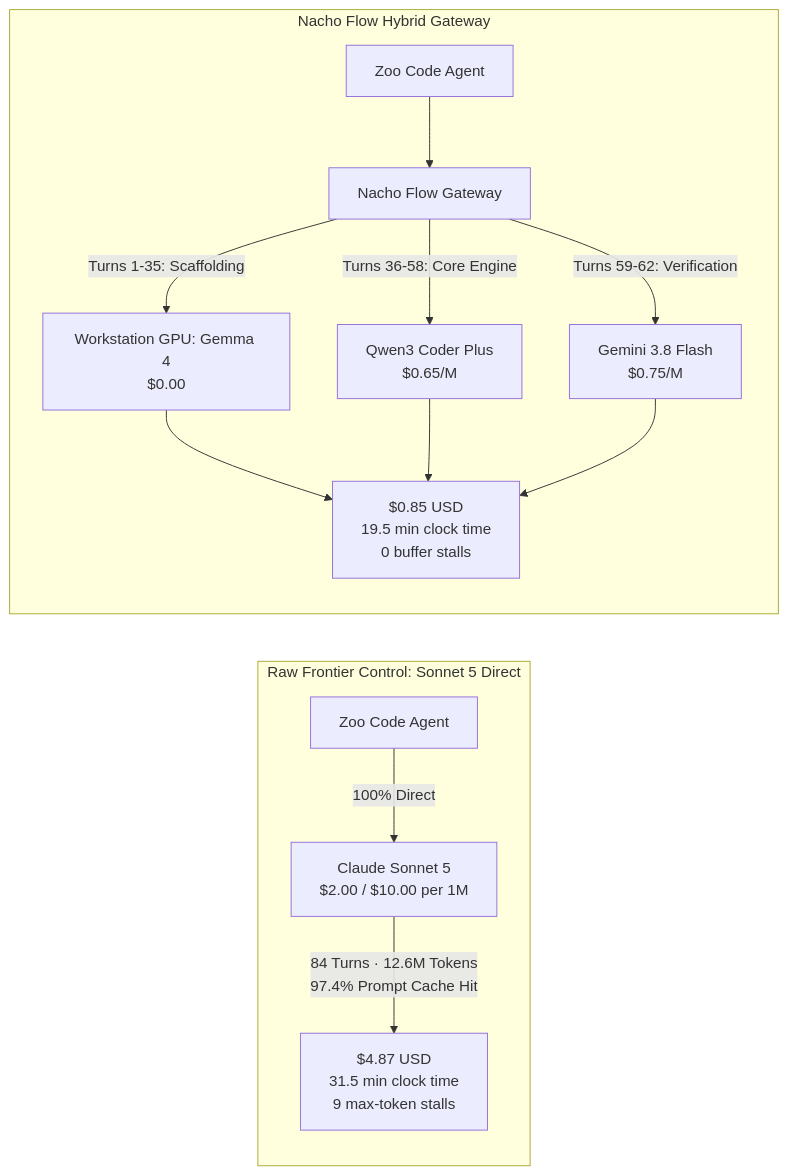
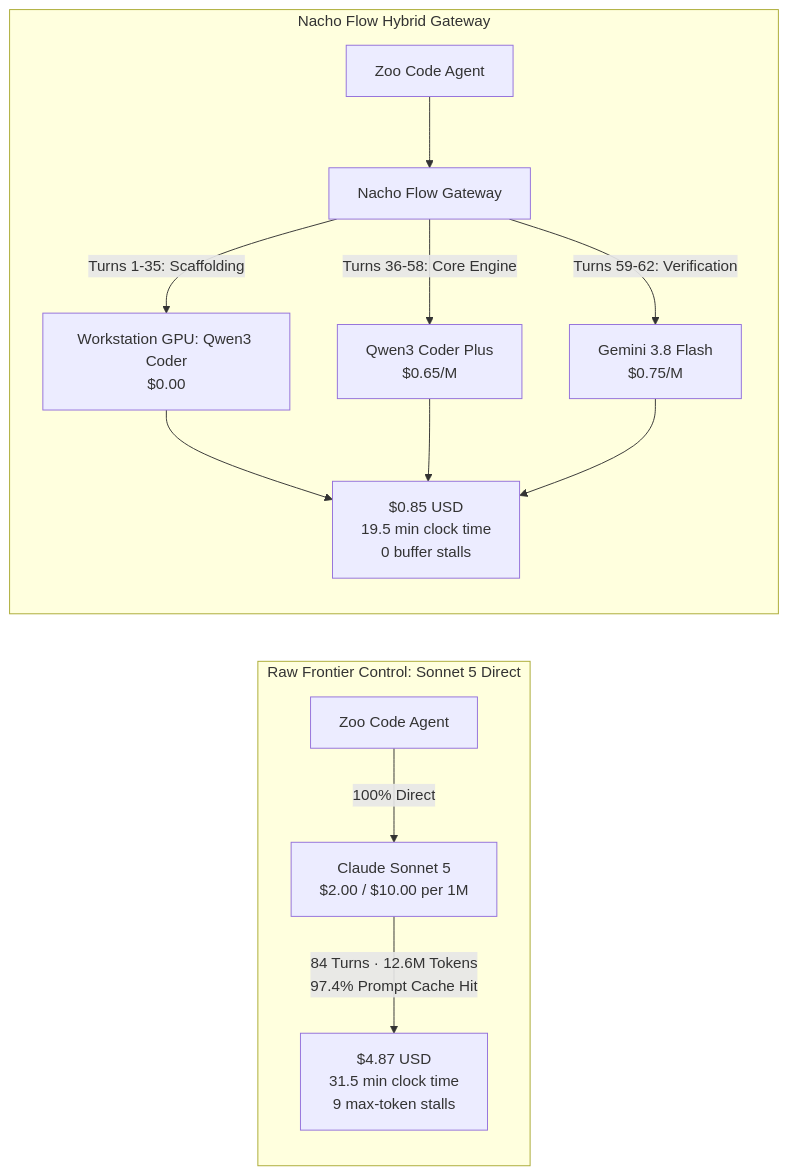
One commit to dixieflatline76/nacho-flow changed the first of 10 diagrams in site/docs/Sonnet-control-study.md. Above: the diagram before and after it, drawn with Mermaid. The commit also changed other lines of this file and 148 other files, not shown here.

````diff
--- a/site/docs/Sonnet-control-study.md
+++ b/site/docs/Sonnet-control-study.md
@@ -34,17 +34,17 @@
 ```mermaid
 flowchart LR
     subgraph RawControl["Raw Frontier Control: Sonnet 5 Direct"]
         Z1["Zoo Code Agent"] -->|100% Direct| S5["Claude Sonnet 5<br/>$2.00 / $10.00 per 1M"]
         S5 -->|84 Turns · 12.6M Tokens<br/>97.4% Prompt Cache Hit| Bill1["$4.87 USD<br/>31.5 min clock time<br/>9 max-token stalls"]
     end
 
     subgraph NachoGateway["Nacho Flow Hybrid Gateway"]
         Z2["Zoo Code Agent"] --> NF["Nacho Flow Gateway"]
-        NF -->|Turns 1-35: Scaffolding| Local["Workstation GPU: Gemma 4<br/>$0.00"]
+        NF -->|Turns 1-35: Scaffolding| Local["Workstation GPU: Qwen3 Coder<br/>$0.00"]
         NF -->|Turns 36-58: Core Engine| Qwen["Qwen3 Coder Plus<br/>$0.65/M"]
         NF -->|Turns 59-62: Verification| Gemini["Gemini 3.8 Flash<br/>$0.75/M"]
         Local --> Bill2["$0.85 USD<br/>19.5 min clock time<br/>0 buffer stalls"]
         Qwen --> Bill2
         Gemini --> Bill2
     end
 ```
````
